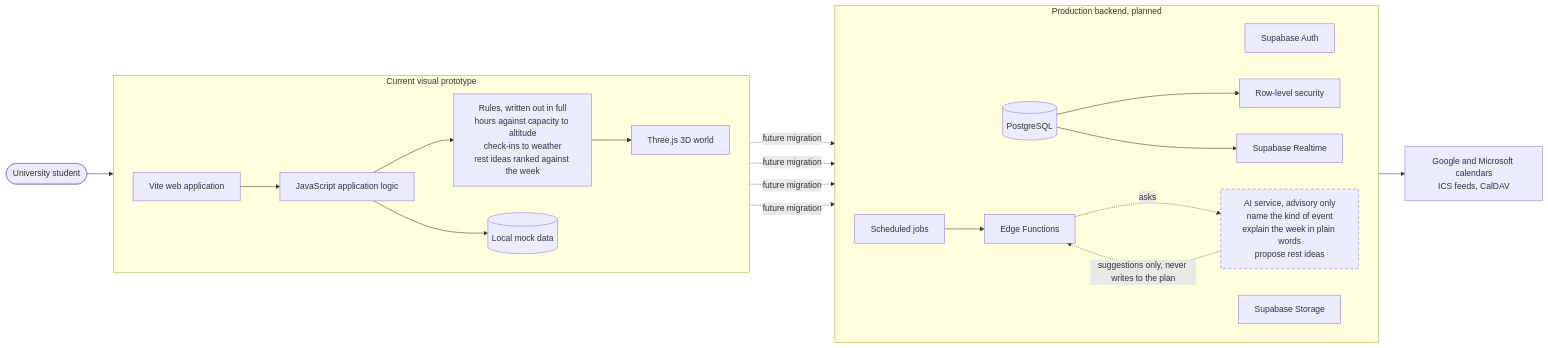
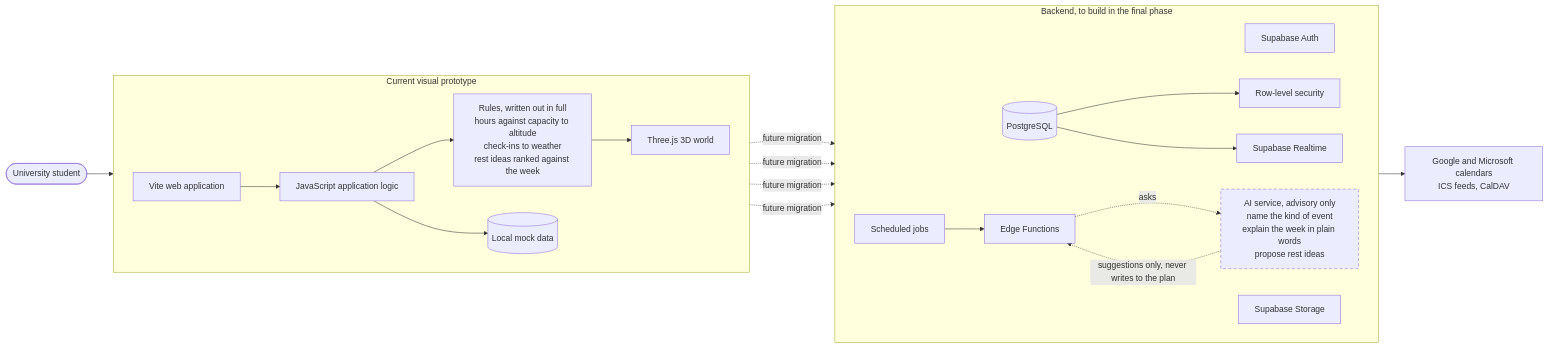
The diagram in docs/architecture.mmd (25006675-png/Island_life), drawn with Mermaid before and after one commit. The commit also changed 1 other file, not shown here.

```diff
--- a/docs/architecture.mmd
+++ b/docs/architecture.mmd
@@ -1,42 +1,42 @@
 flowchart LR
   student([University student])
 
   subgraph proto["Current visual prototype"]
     direction LR
     vite["Vite web application"]
     logic["JavaScript application logic"]
     rules["Rules, written out in full<br/>hours against capacity to altitude<br/>check-ins to weather<br/>rest ideas ranked against the week"]
     world["Three.js 3D world"]
     mock[("Local mock data")]
   end
 
-  subgraph prod["Production backend, planned"]
+  subgraph prod["Backend, to build in the final phase"]
     direction LR
     auth["Supabase Auth"]
     db[("PostgreSQL")]
     rls["Row-level security"]
     realtime["Supabase Realtime"]
     storage["Supabase Storage"]
     cron["Scheduled jobs"]
     edge["Edge Functions"]
     ai["AI service, advisory only<br/>name the kind of event<br/>explain the week in plain words<br/>propose rest ideas"]
   end
 
   cal["Google and Microsoft calendars<br/>ICS feeds, CalDAV"]
 
   student --> vite --> logic
   logic --> rules --> world
   logic --> mock
   logic -. future migration .-> auth
   logic -. future migration .-> db
   logic -. future migration .-> storage
   logic -. future migration .-> edge
   db --> rls
   db --> realtime
   cron --> edge
   edge --> cal
   edge -. asks .-> ai
   ai -. suggestions only, never writes to the plan .-> edge
 
   classDef planned stroke-dasharray:6 4;
   class ai planned;
```
